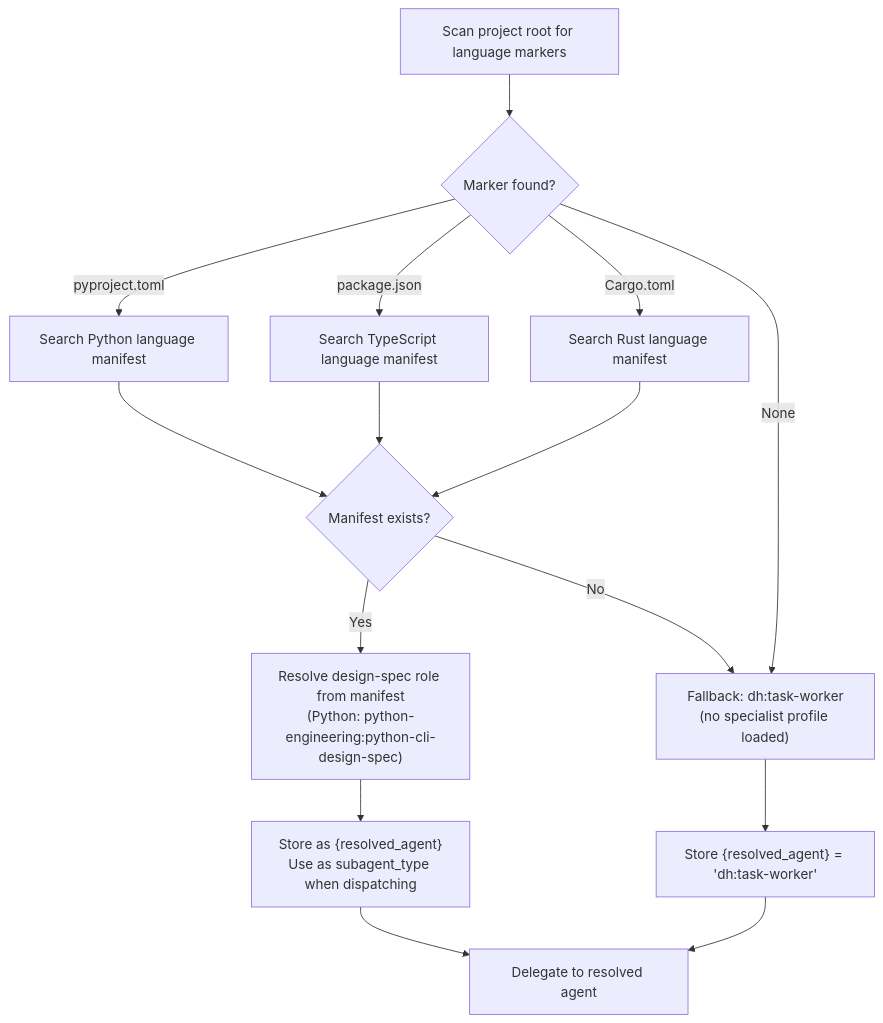
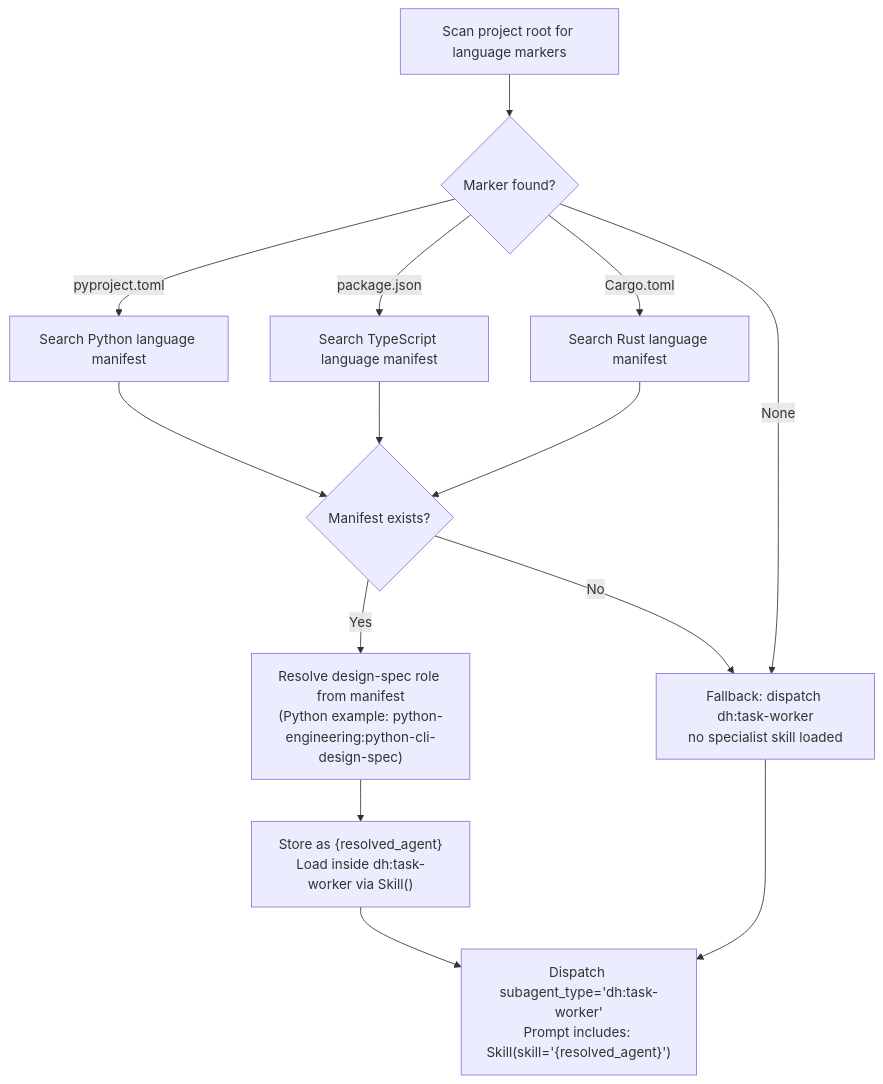
Before and after one commit to Jamie-BitFlight/claude_skills: the second of 3 diagrams in plugins/development-harness/skills/add-new-feature/SKILL.md, drawn with Mermaid. The commit also changed other lines of this file and 1 other file, not shown here.

Commit message:
fix(add-new-feature): Phase 3 dispatches dh:task-worker, not the resolved language agent
The dispatch pattern in CLAUDE.md mandates dh:task-worker for every agent
dispatch — no exceptions. The resolved language-plugin agent (e.g.
python-engineering:python-cli-design-spec) is a specialist skill loaded
inside task-worker via Skill(), not the subagent_type.

- Mermaid updated: dispatch node shows subagent_type='dh:task-worker'
- Delegation prompt gets a {specialist_skill_block} prefix built by the
  orchestrator: Skill(skill='{resolved_agent}') when a manifest is found,
  empty string for the fallback path
- Removes the incorrect "Pass subagent_type={resolved_agent}" instruction
  added in the prior commit

https://claude.ai/code/session_0166C2xQGc2pugYt4ZWL5Kpd

````diff
--- a/plugins/development-harness/skills/add-new-feature/SKILL.md
+++ b/plugins/development-harness/skills/add-new-feature/SKILL.md
@@ -217,17 +217,16 @@
 ```mermaid
 flowchart TD
     Scan[Scan project root for language markers] --> Found{Marker found?}
     Found -->|pyproject.toml| Py[Search Python language manifest]
     Found -->|package.json| TS[Search TypeScript language manifest]
     Found -->|Cargo.toml| Rust[Search Rust language manifest]
     Found -->|None| FB["Fallback: dh:task-worker<br>(no specialist profile loaded)"]
     Py --> ManifestFound{Manifest exists?}
     TS --> ManifestFound
     Rust --> ManifestFound
-    ManifestFound -->|Yes| Resolve["Resolve design-spec role from manifest<br>(Python: python-engineering:python-cli-design-spec)"]
-    ManifestFound -->|No| FB
-    Resolve --> Store["Store as {resolved_agent}<br>Use as subagent_type when dispatching"]
-    Store --> Delegate[Delegate to resolved agent]
-    FB --> FBStore["Store {resolved_agent} = 'dh:task-worker'"]
-    FBStore --> Delegate
+    ManifestFound -->|Yes| Resolve["Resolve design-spec role from manifest<br>(Python example: python-engineering:python-cli-design-spec)"]
+    ManifestFound -->|No| FB["Fallback: dispatch dh:task-worker<br>no specialist skill loaded"]
+    Resolve --> Store["Store as {resolved_agent}<br>Load inside dh:task-worker via Skill()"]
+    Store --> Delegate["Dispatch subagent_type='dh:task-worker'<br>Prompt includes: Skill(skill='{resolved_agent}')"]
+    FB --> Delegate
 ```
````
